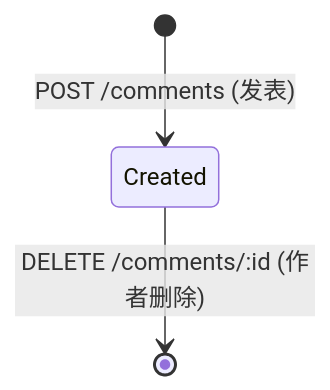
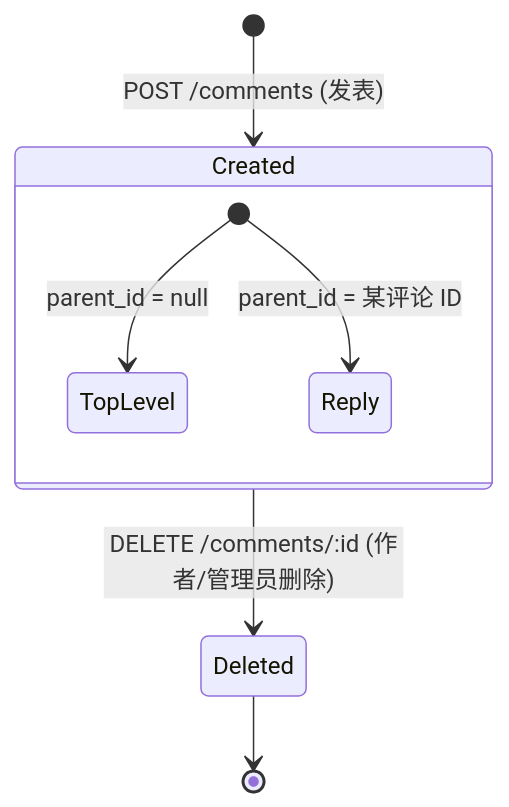
One commit to muzikeji/shortcut changed the diagram in .monkeycode/docs/专有概念/Comment.md. Above: the diagram before and after it, drawn with Mermaid. The commit also changed other lines of this file and 14 other files, not shown here.

````diff
--- a/.monkeycode/docs/专有概念/Comment.md
+++ b/.monkeycode/docs/专有概念/Comment.md
@@ -52,5 +61,11 @@
 ```mermaid
 stateDiagram-v2
     [*] --> Created: POST /comments (发表)
-    Created --> [*]: DELETE /comments/:id (作者删除)
+    Created --> Deleted: DELETE /comments/:id (作者/管理员删除)
+    Deleted --> [*]
+
+    state Created {
+        [*] --> TopLevel: parent_id = null
+        [*] --> Reply: parent_id = 某评论 ID
+    }
 ```
````
